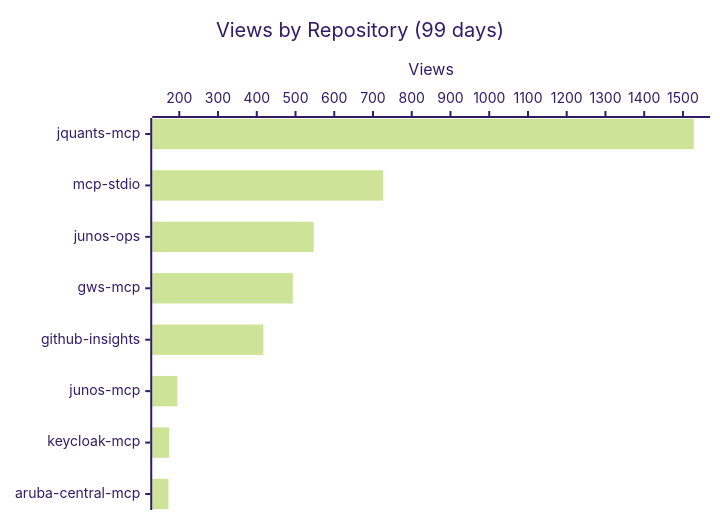
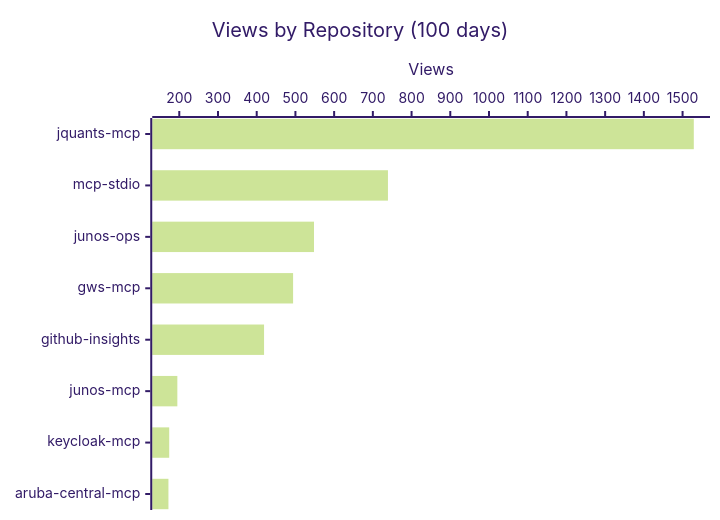
The first of 3 diagrams in README.md (shigechika/github-insights), drawn with Mermaid (forest theme) before and after one commit. The commit also changed other lines of this file and 2 other files, not shown here.

````diff
--- a/README.md
+++ b/README.md
@@ -18,7 +18,7 @@
 ```mermaid
 xychart-beta horizontal
-    title "Views by Repository (99 days)"
+    title "Views by Repository (100 days)"
     x-axis ["jquants-mcp", "mcp-stdio", "junos-ops", "gws-mcp", "github-insights", "junos-mcp", "keycloak-mcp", "aruba-central-mcp"]
     y-axis "Views"
-    bar [1528, 726, 547, 493, 417, 195, 174, 172]
+    bar [1529, 739, 548, 494, 419, 195, 174, 172]
 ```
````
